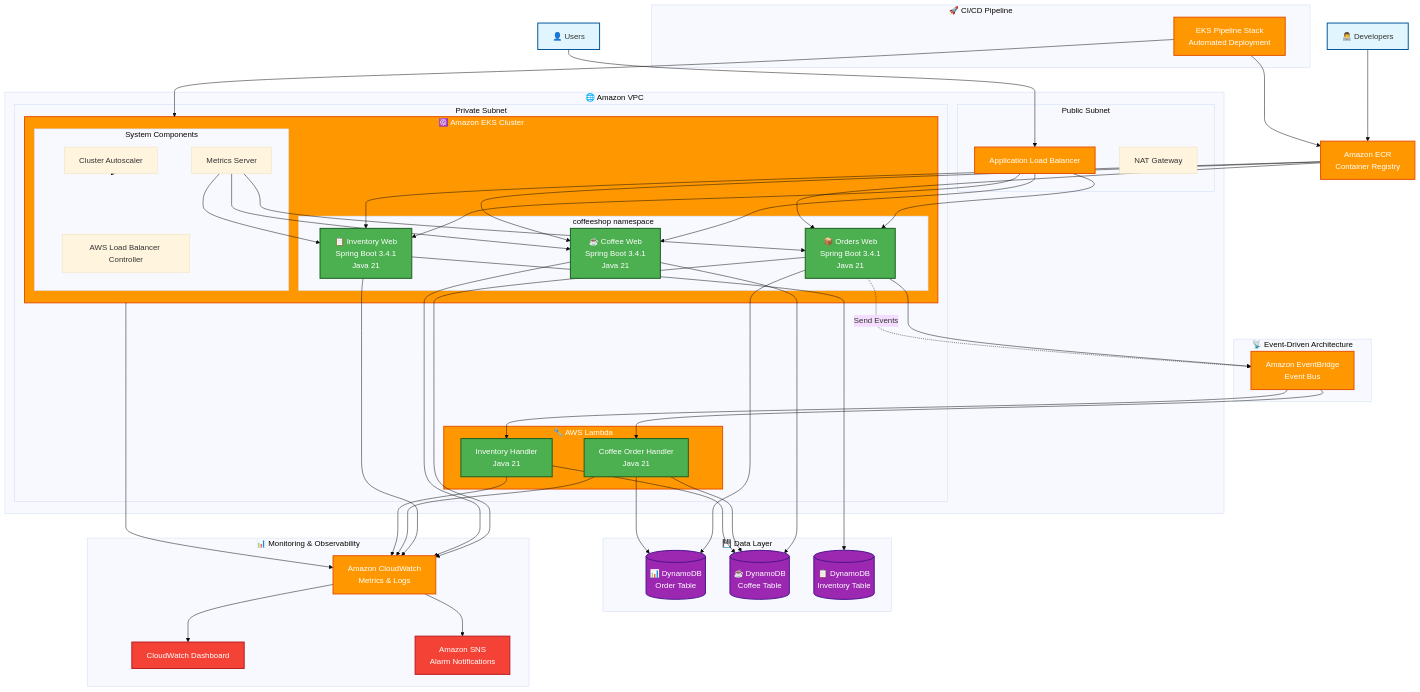
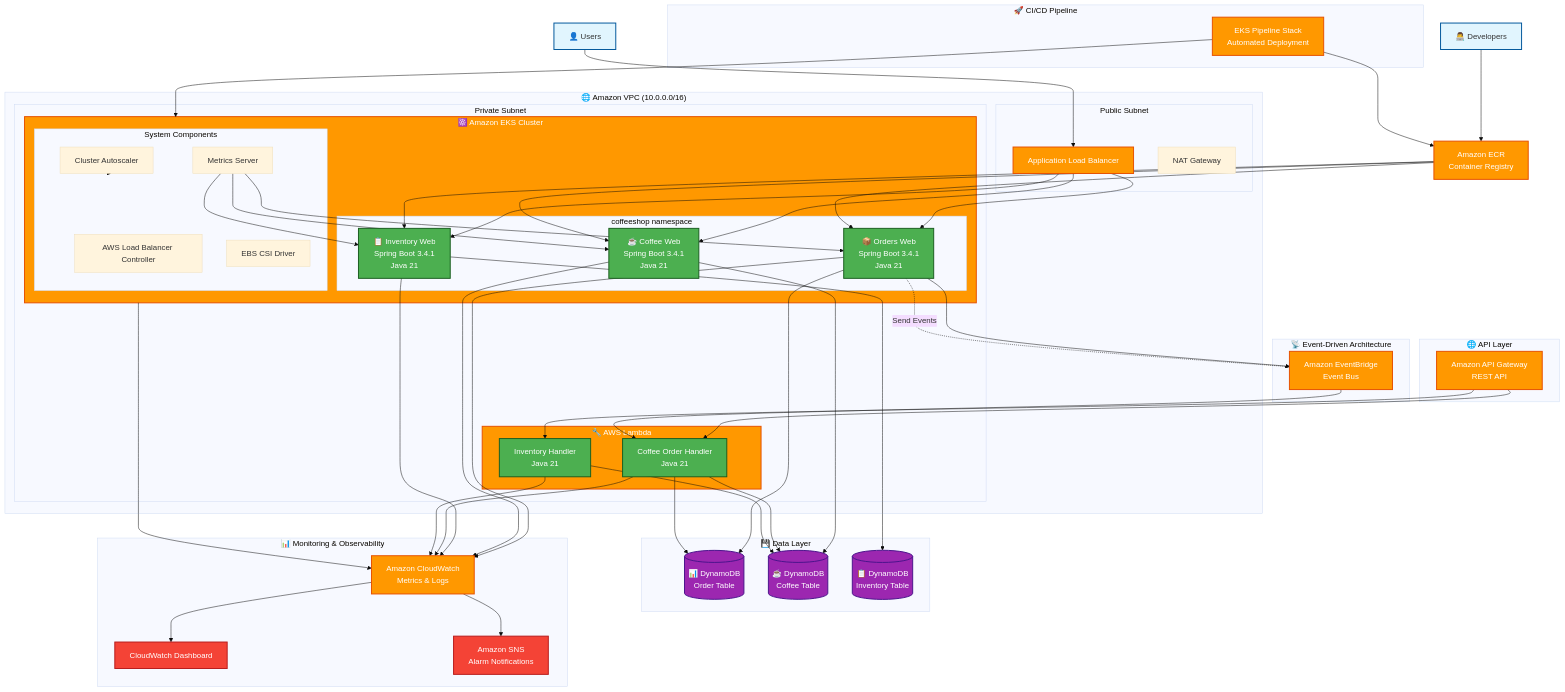
Before and after one commit to aws-samples/designing-cloud-native-microservices-on-aws: the diagram in README.md, drawn with Mermaid (base theme). The commit also changed other lines of this file and 2 other files, not shown here.

Commit message:
Add EKS architecture PNG diagram and update README

```diff
--- a/README.md
+++ b/README.md
@@ -22,7 +29,7 @@
     Developer[👨‍💻 Developers] --> ECR[Amazon ECR<br/>Container Registry]
     
     %% Network Layer
-    subgraph VPC["🌐 Amazon VPC"]
+    subgraph VPC["🌐 Amazon VPC (10.0.0.0/16)"]
         subgraph PublicSubnet["Public Subnet"]
             ALB
             NAT[NAT Gateway]
@@ -41,6 +48,7 @@
                     ALBController[AWS Load Balancer Controller]
                     ClusterAutoscaler[Cluster Autoscaler]
                     MetricsServer[Metrics Server]
+                    EBSCSIDriver[EBS CSI Driver]
                 end
             end
             
@@ -62,6 +70,11 @@
     %% Event-Driven Architecture
     subgraph EventDriven["📡 Event-Driven Architecture"]
         EventBridge[Amazon EventBridge<br/>Event Bus]
+    end
+    
+    %% API Gateway
+    subgraph APILayer["🌐 API Layer"]
+        APIGateway[Amazon API Gateway<br/>REST API]
     end
     
     %% Monitoring and Observability
@@ -88,13 +101,14 @@
     InventoryPod --> DynamoInventory
     
     %% Lambda connections
-    EventBridge --> CoffeeOrderHandler
-    EventBridge --> InventoryHandler
+    APIGateway --> CoffeeOrderHandler
+    APIGateway --> InventoryHandler
     CoffeeOrderHandler --> DynamoOrder
     CoffeeOrderHandler --> DynamoCoffee
     InventoryHandler --> DynamoCoffee
     
     %% Event-driven flow
+    EventBridge --> CoffeeOrderHandler
     OrdersPod -.->|Send Events| EventBridge
     
     %% ECR to EKS
@@ -130,7 +144,7 @@
     classDef monitoring fill:#f44336,stroke:#b71c1c,stroke-width:2px,color:#fff
     
     class User,Developer userClass
-    class ALB,ECR,EKS,Lambda,EventBridge,CloudWatch,SNS,Pipeline awsService
+    class ALB,ECR,EKS,Lambda,EventBridge,APIGateway,CloudWatch,SNS,Pipeline awsService
     class OrdersPod,CoffeePod,InventoryPod,CoffeeOrderHandler,InventoryHandler microservice
     class DynamoOrder,DynamoCoffee,DynamoInventory database
     class Dashboard,SNS monitoring
```
